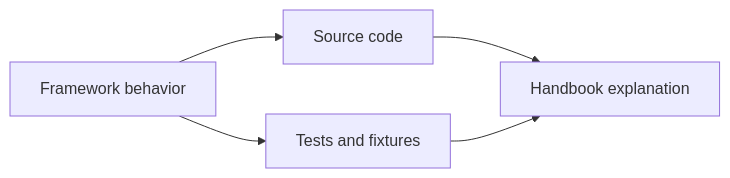
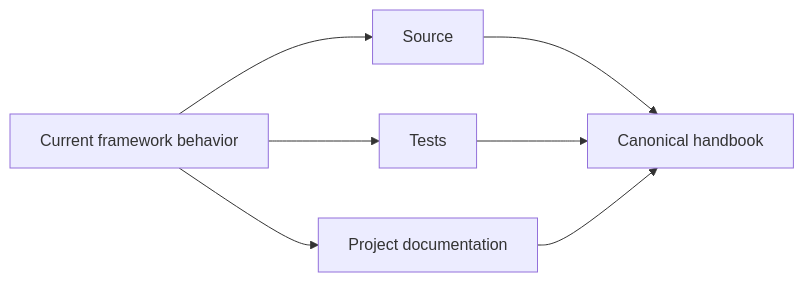
One commit to shuklasp/spp changed the first of 2 diagrams in documentation/handbook/20-testing-and-debugging.md. Above: the diagram before and after it, drawn with Mermaid. The commit also changed other lines of this file, not shown here.

````diff
--- a/documentation/handbook/20-testing-and-debugging.md
+++ b/documentation/handbook/20-testing-and-debugging.md
@@ -45,7 +50,9 @@
 ```mermaid
 flowchart LR
-    A[Framework behavior] --> B[Source code]
-    A --> C[Tests and fixtures]
-    B --> D[Handbook explanation]
-    C --> D
+    A[Current framework behavior] --> B[Source]
+    A --> C[Tests]
+    A --> D[Project documentation]
+    B --> E[Canonical handbook]
+    C --> E
+    D --> E
 ```
````
